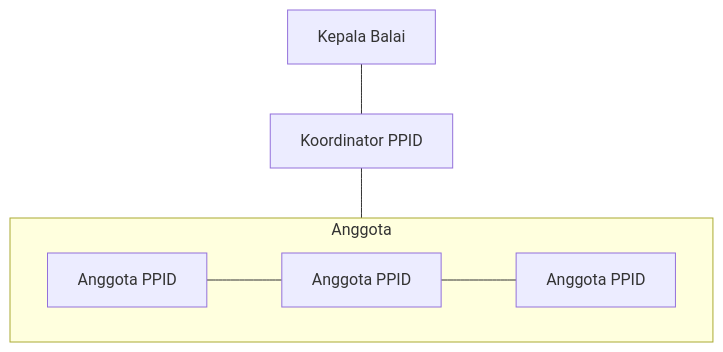
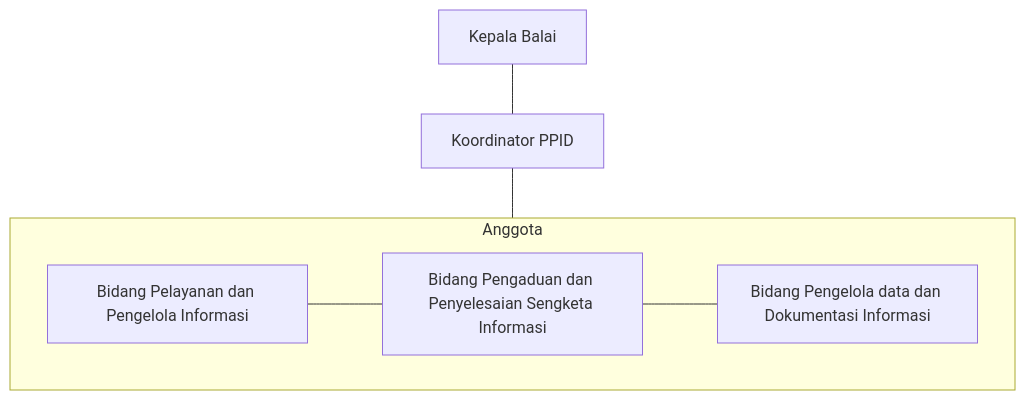
The diagram in struktur.mdx (gov0435/docs), drawn with Mermaid before and after one commit.

Commit message:
refaktor struktur organisasi

````diff
--- a/struktur.mdx
+++ b/struktur.mdx
@@ -11,11 +11,11 @@
 ```mermaid
 flowchart TD
     A[Kepala Balai] --- B[Koordinator PPID]
     B --- Anggota
     subgraph Anggota
         direction LR
-        C1[Anggota PPID] --- C2[Anggota PPID]
-        C2 --- C3[Anggota PPID]
+        C1[Bidang Pelayanan dan Pengelola Informasi] --- C2[Bidang Pengaduan dan Penyelesaian Sengketa Informasi]
+        C2 --- C3[Bidang Pengelola data dan Dokumentasi Informasi]
     end
   
 ```
````
